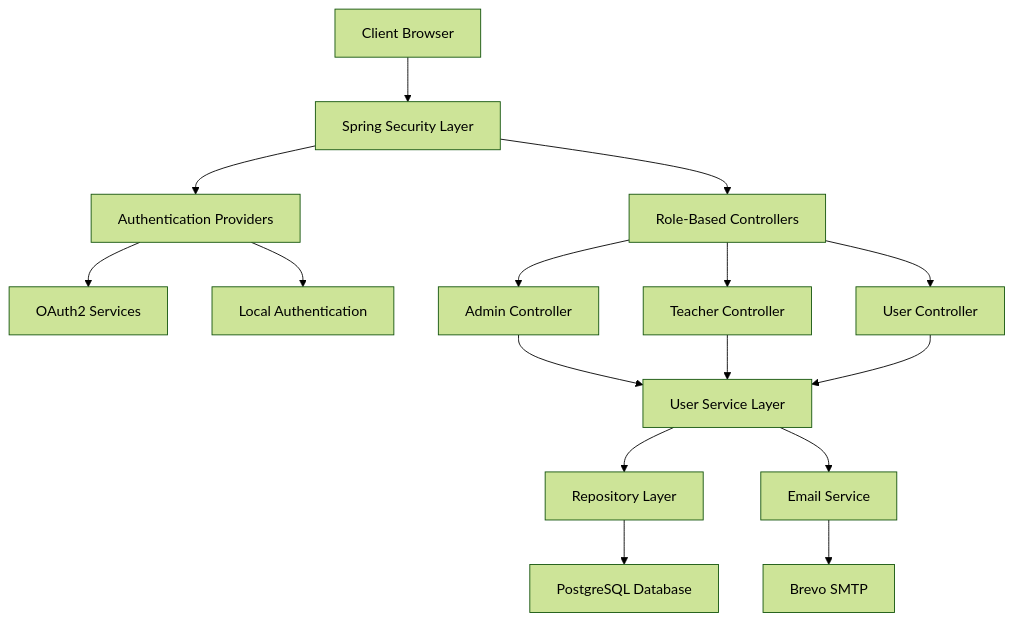
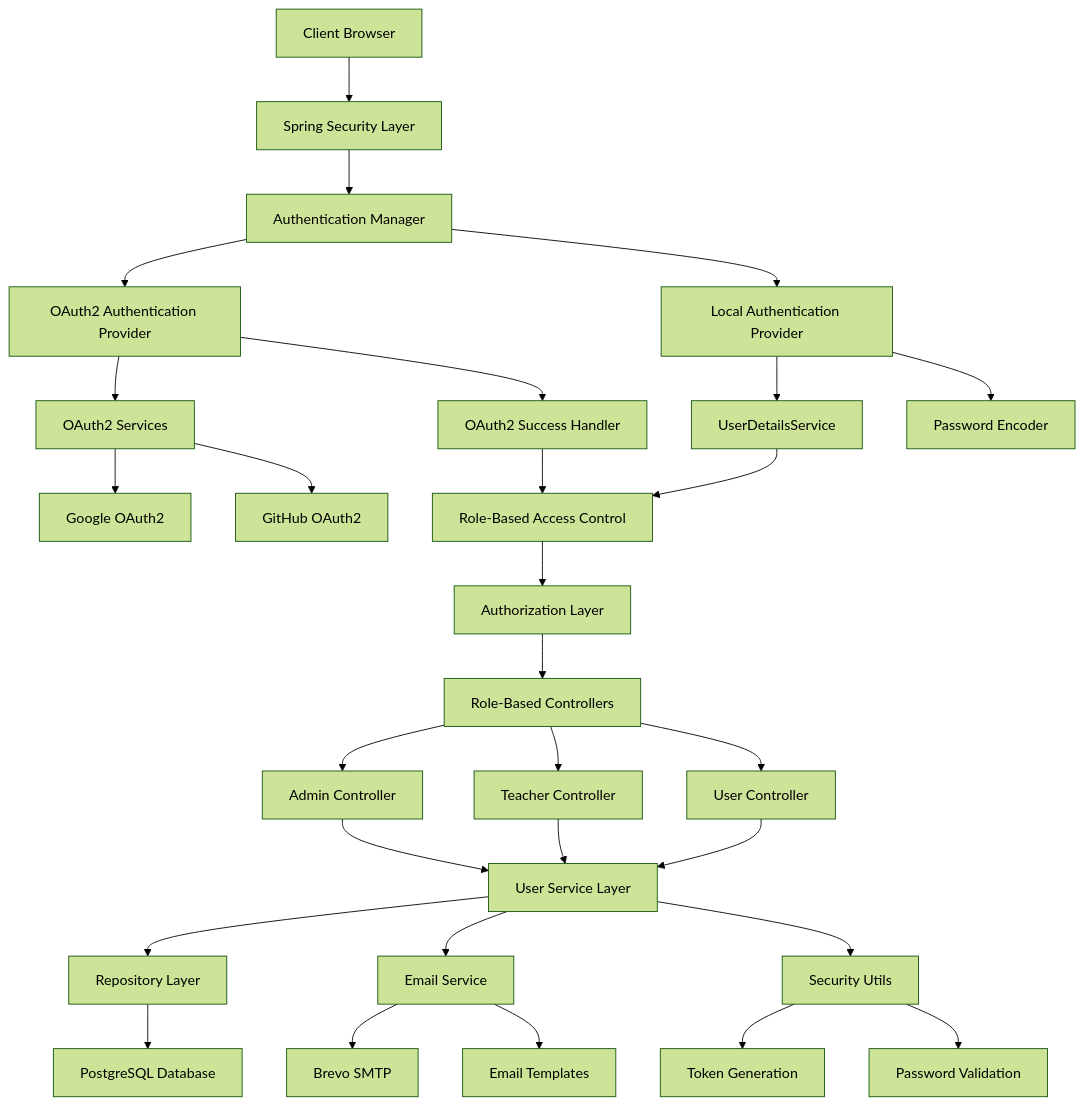
One commit to md4nas/college-Admission-Portal changed the first of 3 diagrams in README.md. Above: the diagram before and after it, drawn with Mermaid (forest theme). The commit also changed other lines of this file and 8 other files, not shown here.

````diff
--- a/README.md
+++ b/README.md
@@ -76,18 +79,39 @@
 ```mermaid
 graph TB
     A[Client Browser] --> B[Spring Security Layer]
-    B --> C[Authentication Providers]
-    C --> D[OAuth2 Services]
-    C --> E[Local Authentication]
-    B --> F[Role-Based Controllers]
-    F --> G[Admin Controller]
-    F --> H[Teacher Controller]
-    F --> I[User Controller]
-    G --> J[User Service Layer]
-    H --> J
-    I --> J
-    J --> K[Repository Layer]
-    K --> L[PostgreSQL Database]
-    J --> M[Email Service]
-    M --> N[Brevo SMTP]
+    B --> C[Authentication Manager]
+    C --> D[OAuth2 Authentication Provider]
+    C --> E[Local Authentication Provider]
+    
+    D --> F[OAuth2 Services]
+    F --> G[Google OAuth2]
+    F --> H[GitHub OAuth2]
+    D --> I[OAuth2 Success Handler]
+    
+    E --> J[UserDetailsService]
+    E --> K[Password Encoder]
+    
+    I --> L[Role-Based Access Control]
+    J --> L
+    L --> M[Authorization Layer]
+    
+    M --> N[Role-Based Controllers]
+    N --> O[Admin Controller]
+    N --> P[Teacher Controller]
+    N --> Q[User Controller]
+    
+    O --> R[User Service Layer]
+    P --> R
+    Q --> R
+    
+    R --> S[Repository Layer]
+    S --> T[PostgreSQL Database]
+    
+    R --> U[Email Service]
+    U --> V[Brevo SMTP]
+    U --> W[Email Templates]
+    
+    R --> X[Security Utils]
+    X --> Y[Token Generation]
+    X --> Z[Password Validation]
 ```
````
